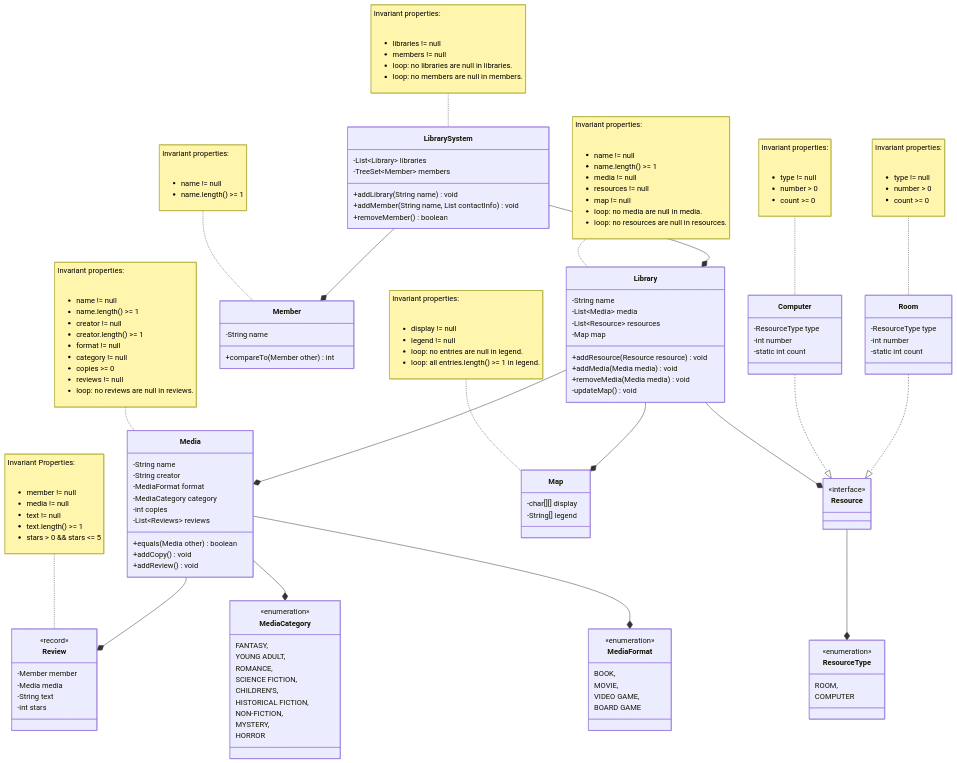
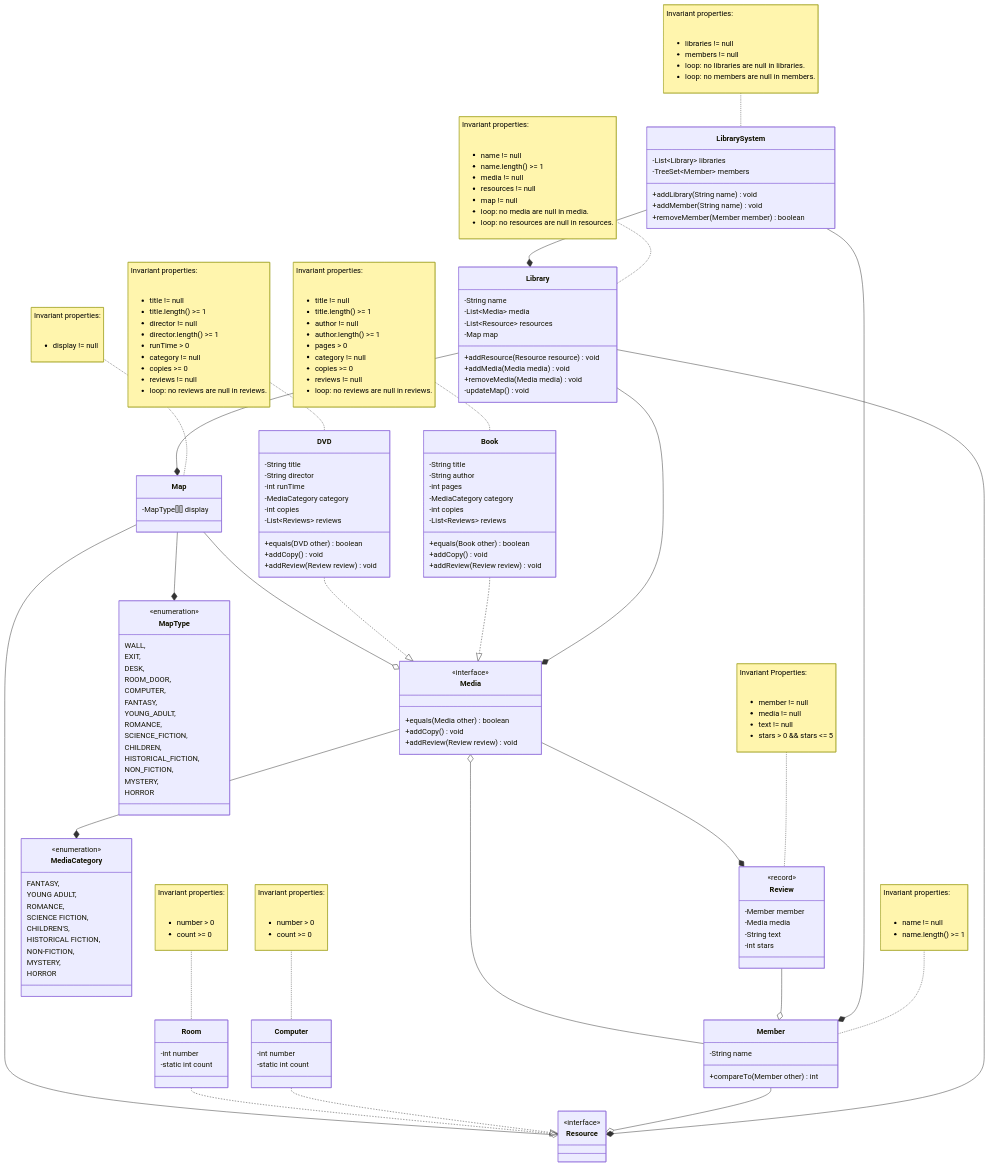
The diagram in README.md (samanthaegilson/LibrarySystem), drawn with Mermaid before and after one commit. The commit also changed 26 other files, not shown here.

````diff
--- a/README.md
+++ b/README.md
@@ -40,8 +40,8 @@
         -TreeSet~Member~ members
         
         +addLibrary(String name) void
-        +addMember(String name, List<String> contactInfo) void
-        +removeMember() boolean
+        +addMember(String name) void
+        +removeMember(Member member) boolean
     }
     LibrarySystem --* Library
     LibrarySystem --* Member
@@ -91,43 +91,85 @@
 
         +compareTo(Member other) int
     }
+    Member --o Media
+    Member --o Resource
 
     note for Member "Invariant properties:
     <ul>
         <li>name != null
         <li>name.length() >= 1
     </ul>"
-
     
     class Media {
-        %% Text for the name of the media
-        -String name
-        %% Text for the name of the creator
-        -String creator
-        %% The type of format
-        -MediaFormat format
+        <<interface>>
+        +equals(Media other) boolean
+        +addCopy() void
+        +addReview(Review review) void
+    }
+    Media --* Review
+    Media --* MediaCategory
+
+    class Book {
+        %% Text for the title of the book
+        -String title
+        %% Text for the name of the author
+        -String author
+        %% A positive number of pages
+        -int pages
         %% The type of category or genre
         -MediaCategory category
         %% Has to be a positive number or zero
         -int copies
-        %% Collection of reviews about the media
+        %% Collection of reviews about the book
         -List~Reviews~ reviews
- 
-        +equals(Media other) boolean
+
+        +equals(Book other) boolean
         +addCopy() void
-        +addReview() void
+        +addReview(Review review) void
     }
-    Media --* Review
-    Media --* MediaCategory
-    Media --* MediaFormat
+    Book ..|> Media
 
-    note for Media "Invariant properties:
+    note for Book "Invariant properties:
     <ul>
-        <li>name != null
-        <li>name.length() >= 1
-        <li>creator != null
-        <li>creator.length() >= 1
-        <li>format != null
+        <li>title != null
+        <li>title.length() >= 1
+        <li>author != null
+        <li>author.length() >= 1
+        <li>pages > 0
+        <li>category != null
+        <li>copies >= 0
+        <li>reviews != null
+        <li>loop: no reviews are null in reviews.
+    </ul>"
+
+    class DVD {
+        %% Text for the title of the DVD
+        -String title
+        %% Text for the name of the director
+        -String director
+        %% A positive number for the length of the 
+        %% movie
+        -int runTime
+        %% The type of category or genre
+        -MediaCategory category
+        %% Has to be a positive number or zero
+        -int copies
+        %% Collection of reviews about the DVD
+        -List~Reviews~ reviews
+
+        +equals(DVD other) boolean
+        +addCopy() void
+        +addReview(Review review) void
+    }
+    DVD ..|> Media
+
+    note for DVD "Invariant properties:
+    <ul>
+        <li>title != null
+        <li>title.length() >= 1
+        <li>director != null
+        <li>director.length() >= 1
+        <li>runTime > 0
         <li>category != null
         <li>copies >= 0
         <li>reviews != null
@@ -137,11 +179,8 @@
     class Resource {
         <<interface>>
     }
-    Resource --* ResourceType
     
     class Computer {
-        %% The type of resource
-        -ResourceType type
         %% A positive number representing the
         %% amount in a library
         -int number
@@ -152,14 +191,11 @@
 
     note for Computer "Invariant properties:
     <ul>
-        <li>type != null
         <li>number > 0
         <li>count >= 0
     </ul>"
     
     class Room {
-        %% The type of resource
-        -ResourceType type
         %% A positive number representing the
         %% amount in a library
         -int number
@@ -170,47 +206,62 @@
 
     note for Room "Invariant properties:
     <ul>
-        <li>type != null
         <li>number > 0
         <li>count >= 0
     </ul>"
-    
-    class Map {
-        %% An overhead visual representation of the map
-        -char[][] display
-        %% A list of what every symbol represents
-        -String[] legend
-    }
 
-    note for Map "Invariant properties:
-    <ul>
-        <li>display != null
-        <li>legend != null
-        <li>loop: no entries are null in legend.
-        <li>loop: all entries.length() >= 1 in legend.
-    </ul>"
-    
     class Review {
         <<record>>
         %% The member who made the review
         -Member member
         %% The media the review is about
         -Media media
-        %% Text that expresses the member's 
+        %% Optional text that expresses the member's 
         %% opinion on the media
         -String text
         %% Number between 1 and 5
         -int stars
     }
-    
+    Review --o Member
+
     note for Review "Invariant Properties:
     <ul>
         <li>member != null
         <li>media != null
         <li>text != null
-        <li>text.length() >= 1
         <li>stars > 0 && stars <= 5
     </ul>"
+    
+    class Map {
+        %% An overhead visual representation of the map
+        -MapType[][] display
+    }
+    Map --* MapType
+    Map --o Media
+    Map --o Resource
+
+    note for Map "Invariant properties:
+    <ul>
+        <li>display != null
+    </ul>"
+    
+    class MapType {
+        <<enumeration>>
+        WALL,
+        EXIT,
+        DESK,
+        ROOM_DOOR,
+        COMPUTER,
+        FANTASY,
+        YOUNG_ADULT,
+        ROMANCE,
+        SCIENCE_FICTION,
+        CHILDREN,
+        HISTORICAL_FICTION,
+        NON_FICTION,
+        MYSTERY,
+        HORROR
+    }
     
     class MediaCategory {
         <<enumeration>>
@@ -224,18 +275,5 @@
         MYSTERY,
         HORROR
     }
-    
-    class MediaFormat {
-        <<enumeration>>
-        BOOK,
-        MOVIE,
-        VIDEO GAME,
-        BOARD GAME
-    }
 
-    class ResourceType{
-        <<enumeration>>
-        ROOM,
-        COMPUTER
-    }
 ```
````
